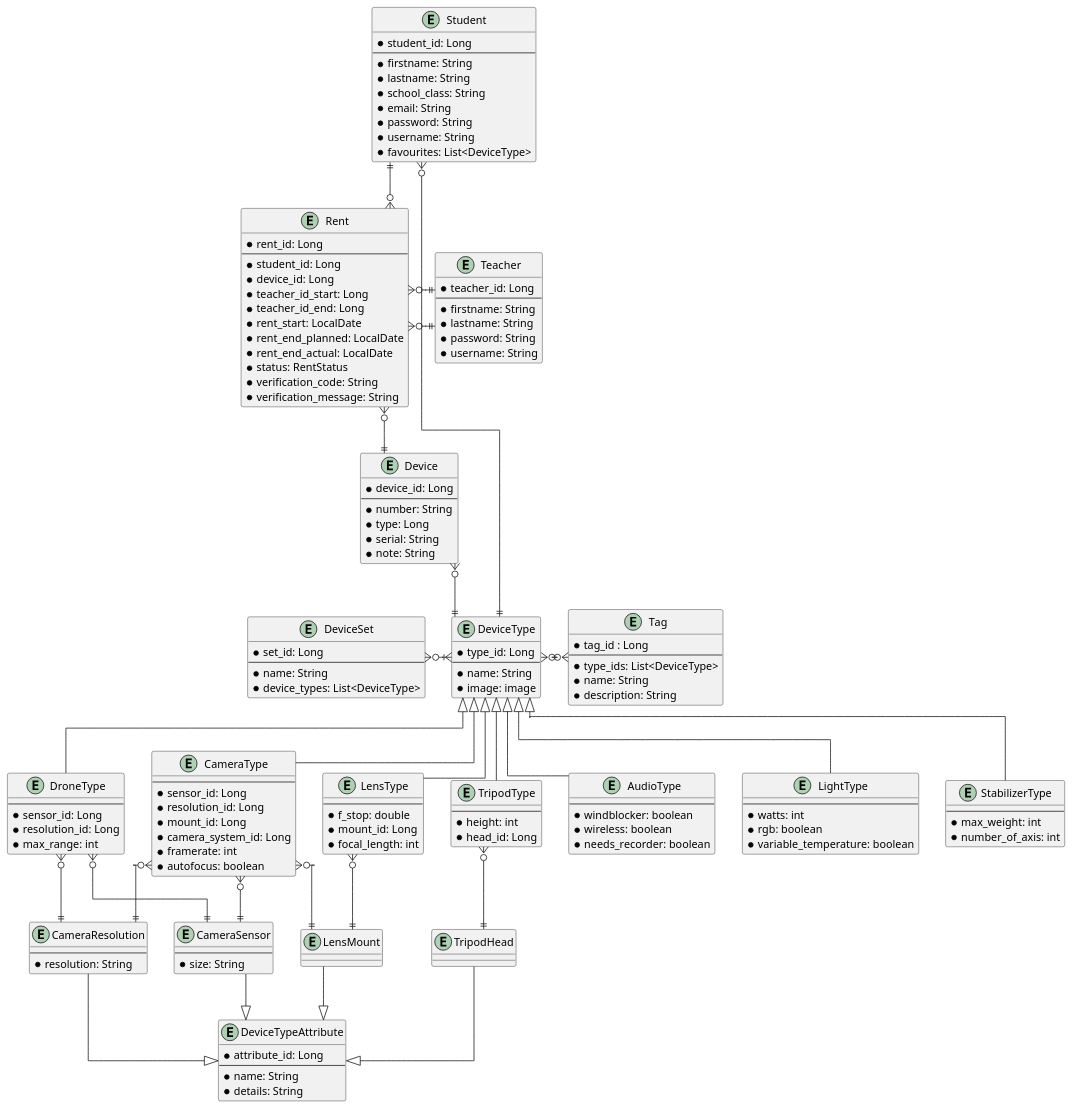
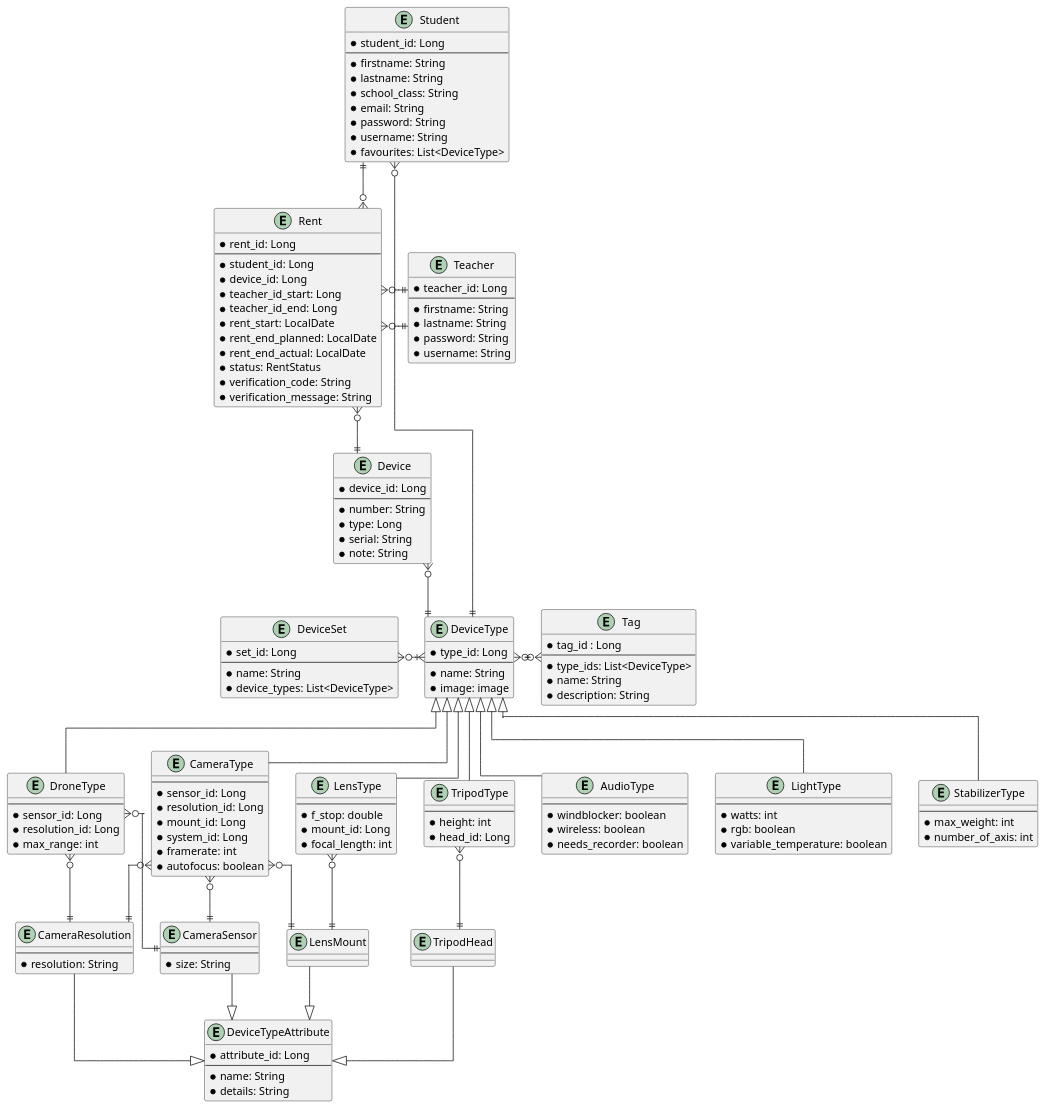
One commit to htl-leo-itp-2325-4-5BHITM/cam-connect changed the diagram in docs/uml.puml. Above: the diagram before and after it, drawn with PlantUML. The commit also changed 26 other files, not shown here.

```diff
--- a/docs/uml.puml
+++ b/docs/uml.puml
@@ -1,176 +1,176 @@
 @startuml
   skinparam linetype ortho
 
 	entity DeviceType {
 		* type_id: Long
 		--
 		* name: String
 		* image: image
 	}
 
 	entity CameraType {
 		--
 		* sensor_id: Long
 		* resolution_id: Long
 		* mount_id: Long
-		* camera_system_id: Long
+		* system_id: Long
 		* framerate: int
 		* autofocus: boolean
 	}
 
 	entity DroneType {
 		--
 		* sensor_id: Long
 		* resolution_id: Long
 		* max_range: int
 	}
 
 	entity LensType {
 		--
 		* f_stop: double
 		* mount_id: Long
 		* focal_length: int
 	}
 
 	entity AudioType {
 		--
 		* windblocker: boolean
 		* wireless: boolean
 		* needs_recorder: boolean
 	}
 
 	entity LightType {
 		--
 		* watts: int
 		* rgb: boolean
 		* variable_temperature: boolean
 	}
 
 	entity TripodType {
 		--
 		* height: int
 		* head_id: Long
 	}
 
 	entity StabilizerType {
 		--
 		* max_weight: int
 		* number_of_axis: int
 	}
 
 	DeviceType <|-down- CameraType
 	DeviceType <|-down- AudioType
 	DeviceType <|-down- LightType
 	DeviceType <|-down- TripodType
 	DeviceType <|-down- StabilizerType
 	DeviceType <|-down- DroneType
 	DeviceType <|-down- LensType
 
 	entity DeviceTypeAttribute {
 		* attribute_id: Long
 		--
 		* name: String
 		* details: String
 	}
 
 	entity TripodHead {
 	}
 
 	entity LensMount {
 	}
 
 	entity CameraSensor {
 		--
 		* size: String
 	}
 
 	entity CameraResolution {
 		--
 		* resolution: String
 	}
 
 	DeviceTypeAttribute <|-up- TripodHead
 	DeviceTypeAttribute <|-up- LensMount
 	DeviceTypeAttribute <|-up- CameraSensor
 	DeviceTypeAttribute <|-up- CameraResolution
 
 
 	TripodType }o--|| TripodHead
 	LensType }o--|| LensMount
 	CameraType }o--|| LensMount
 	CameraType }o--|| CameraSensor
 	DroneType }o--|| CameraSensor
 	DroneType }o--|| CameraResolution
 	CameraType }o--|| CameraResolution
 
 	entity Device {
 		* device_id: Long
 		--
 		* number: String
 		* type: Long
 		* serial: String
 		* note: String
 	}
 
 	entity Rent{
 		* rent_id: Long
 		--
 		* student_id: Long
 		* device_id: Long
 		* teacher_id_start: Long
 		* teacher_id_end: Long
 		* rent_start: LocalDate
 		* rent_end_planned: LocalDate
 		* rent_end_actual: LocalDate
 		* status: RentStatus
 		* verification_code: String
 		* verification_message: String
 	}
 
 	entity Tag {
 		* tag_id : Long
 		--
 		* type_ids: List<DeviceType>
 		* name: String
 		* description: String
 	}
 
 	entity Student {
 		* student_id: Long
 		--
 		* firstname: String
 		* lastname: String
 		* school_class: String
 		* email: String
 		* password: String
 		* username: String
 		* favourites: List<DeviceType>
 	}
 
 	entity Teacher {
 		* teacher_id: Long
 		--
 		* firstname: String
 		* lastname: String
 		* password: String
 		* username: String
 	}
 
 	entity DeviceSet {
 		* set_id: Long
 		--
 		* name: String
 		* device_types: List<DeviceType>
 	}
 
 	Device }o-down-|| DeviceType
 	DeviceType }|-left-o{ DeviceSet
 	DeviceType }o-right-o{ Tag
 
 	Rent }o--|| Device
 	Rent }o-up-|| Student
 	Rent }o-right-|| Teacher
 	Rent }o-right-|| Teacher
 
 	Student }o--|| DeviceType
 @enduml
```
